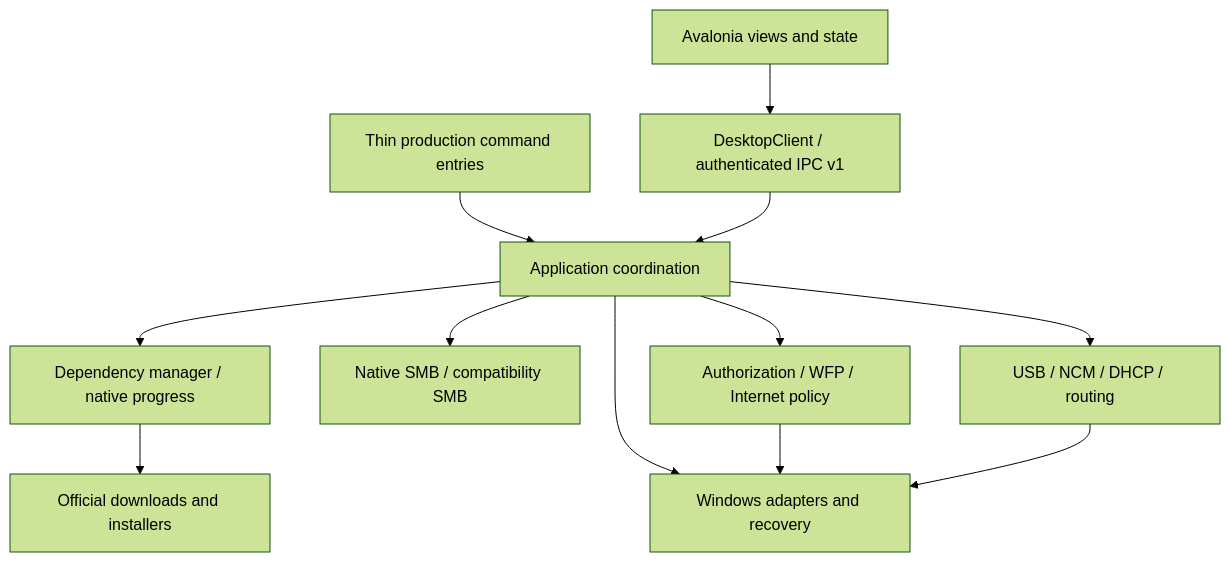
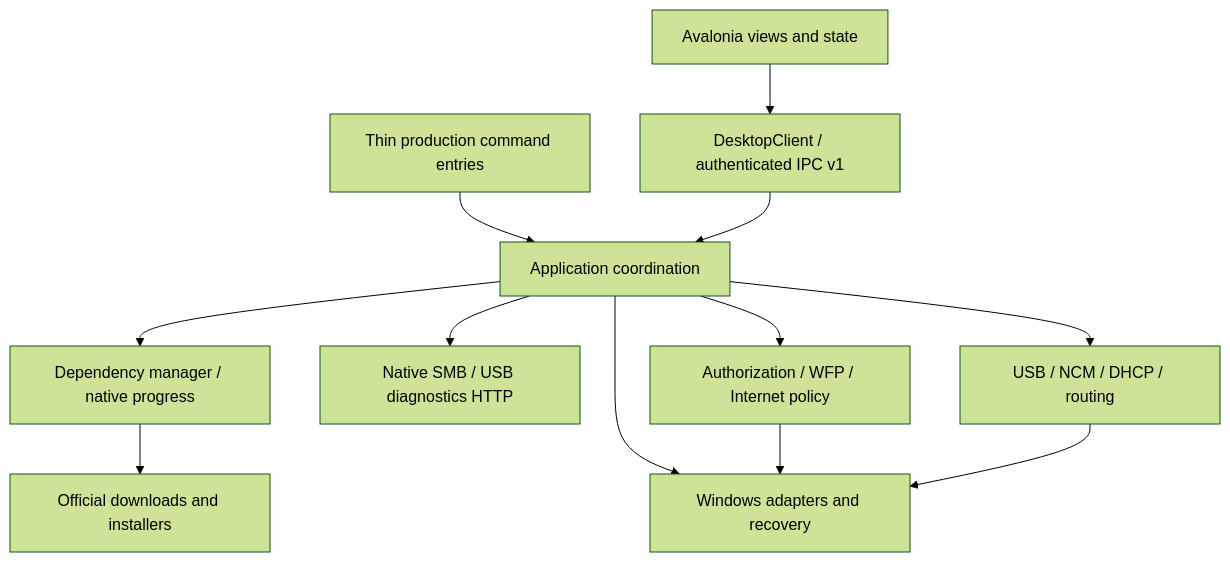
One commit to 07ZVI/usb-link changed the diagram in docs/ARCHITECTURE.md. Above: the diagram before and after it, drawn with Mermaid (forest theme). The commit also changed other lines of this file and 5 other files, not shown here.

First line of the commit message:
docs: describe native SMB only; bump to 0.10.56

````diff
--- a/docs/ARCHITECTURE.md
+++ b/docs/ARCHITECTURE.md
@@ -5,14 +5,14 @@
 ```mermaid
 flowchart TD
     cmd[Thin production command entries] --> app[Application coordination]
     ui[Avalonia views and state] --> client[DesktopClient / authenticated IPC v1]
     client --> app
     app --> deps[Dependency manager / native progress]
-    app --> sharing[Native SMB / compatibility SMB]
+    app --> sharing[Native SMB / USB diagnostics HTTP]
     app --> security[Authorization / WFP / Internet policy]
     app --> transport[USB / NCM / DHCP / routing]
     app --> platform[Windows adapters and recovery]
     deps --> official[Official downloads and installers]
     security --> platform
     transport --> platform
 ```
````
